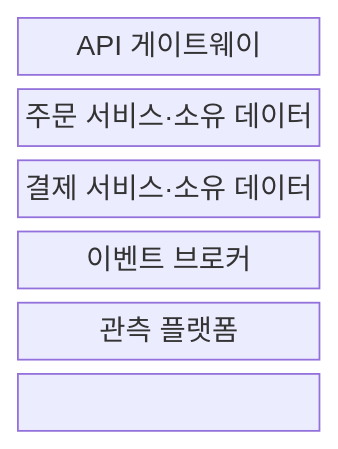
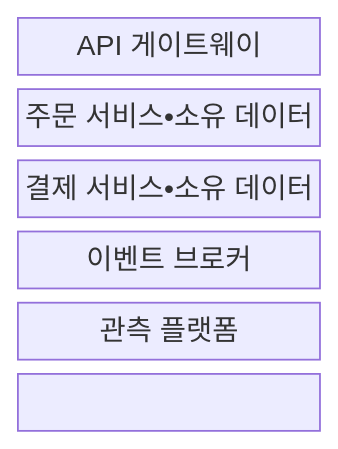
One commit to agnusdei1207/knowledge-base changed the first of 2 diagrams in src/content/docs/notes/03-software/039_microservice_architecture.md. Above: the diagram before and after it, drawn with Mermaid. The commit also changed other lines of this file and 953 other files, not shown here.

````diff
--- a/src/content/docs/notes/03-software/039_microservice_architecture.md
+++ b/src/content/docs/notes/03-software/039_microservice_architecture.md
@@ -70,12 +70,12 @@
 ```mermaid
 block-beta
   columns 1
   G["API 게이트웨이"]
-  O["주문 서비스·소유 데이터"]
-  P["결제 서비스·소유 데이터"]
+  O["주문 서비스•소유 데이터"]
+  P["결제 서비스•소유 데이터"]
   B["이벤트 브로커"]
   M["관측 플랫폼"]
   G --- O --- B
   G --- P --- B
   O --- M --- P
 ```
````
